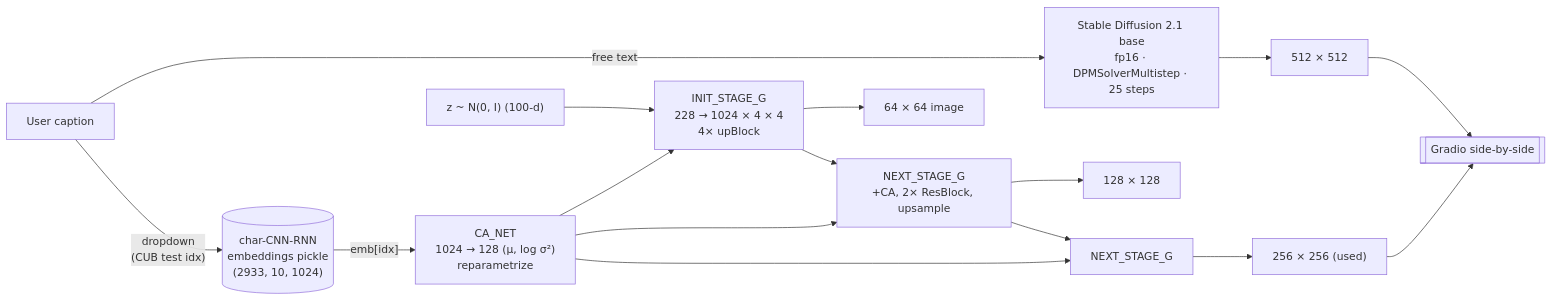
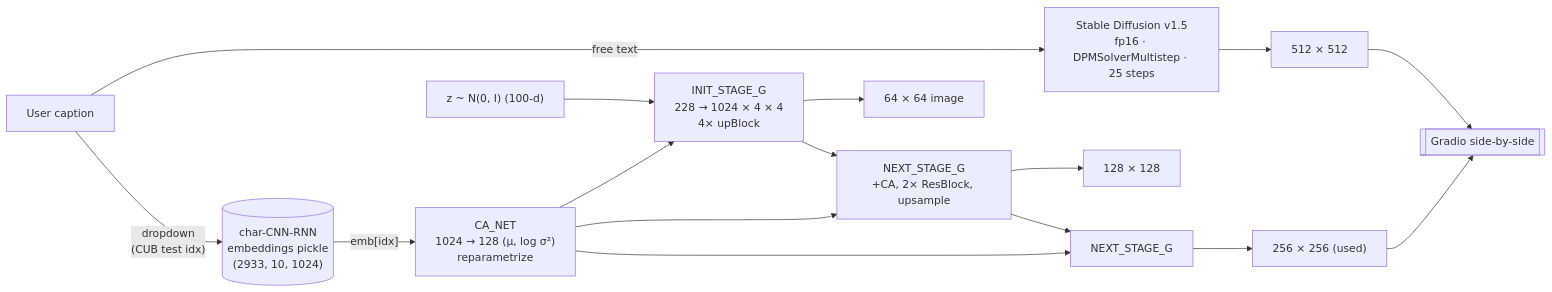
One commit to Stack-Gen-CV-Project/StackGAN changed the diagram in README.md. Above: the diagram before and after it, drawn with Mermaid. The commit also changed other lines of this file, not shown here.

````diff
--- a/README.md
+++ b/README.md
@@ -134,28 +381,28 @@
 ```mermaid
 flowchart LR
   user["User caption"]
-  user -->|free text| sd["Stable Diffusion 2.1 base
+  user -->|free text| sd["Stable Diffusion v1.5
 fp16 · DPMSolverMultistep · 25 steps"]
   user -->|"dropdown
 (CUB test idx)"| pickle[("char-CNN-RNN
 embeddings pickle
 (2933, 10, 1024)")]
   pickle -->|"emb[idx]"| ca["CA_NET
 1024 → 128 (μ, log σ²)
 reparametrize"]
   z["z ~ N(0, I) (100-d)"] --> init
   ca --> init["INIT_STAGE_G
 228 → 1024 × 4 × 4
 4× upBlock"]
   init --> img1["64 × 64 image"]
   init --> next2["NEXT_STAGE_G
 +CA, 2× ResBlock, upsample"]
   ca --> next2
   next2 --> img2["128 × 128"]
   next2 --> next3["NEXT_STAGE_G"]
   ca --> next3
   next3 --> img3["256 × 256 (used)"]
   sd --> sdimg["512 × 512"]
   img3 --> ui[["Gradio side-by-side"]]
   sdimg --> ui
 ```
````
